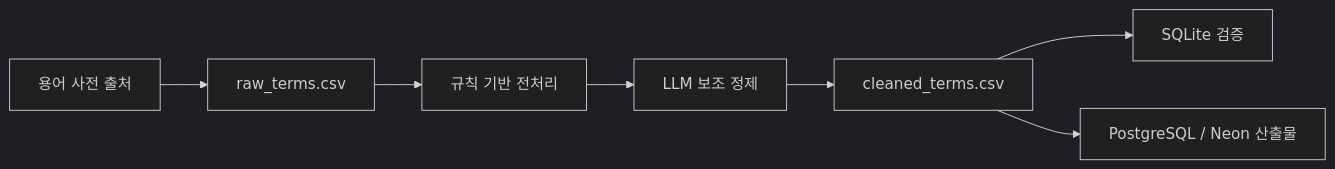
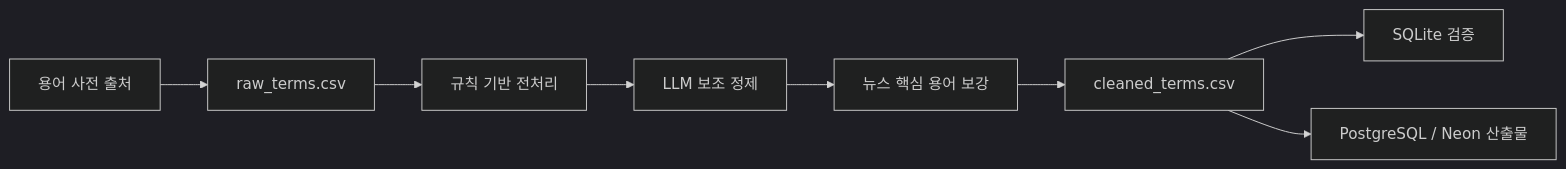
One commit to 9990-jangdokdae/dictionary changed the diagram in README.md. Above: the diagram before and after it, drawn with Mermaid (dark theme). The commit also changed other lines of this file and 13 other files, not shown here.

````diff
--- a/README.md
+++ b/README.md
@@ -33,9 +33,10 @@
 ```mermaid
 flowchart LR
     A["용어 사전 출처"] --> B["raw_terms.csv"]
     B --> C["규칙 기반 전처리"]
     C --> D["LLM 보조 정제"]
-    D --> E["cleaned_terms.csv"]
+    D --> H["뉴스 핵심 용어 보강"]
+    H --> E["cleaned_terms.csv"]
     E --> F["SQLite 검증"]
     E --> G["PostgreSQL / Neon 산출물"]
 ```
````
